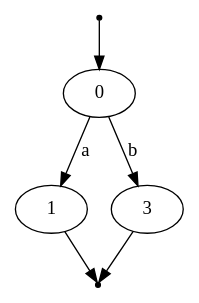
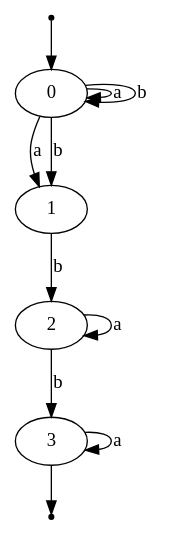
The diagram in demo.dot (omarelhorre/automate), drawn with Graphviz before and after one commit. The commit also changed 13 other files, not shown here.

```diff
--- a/demo.dot
+++ b/demo.dot
@@ -1,9 +1,14 @@
 digraph G {
     init [shape=point];
     fin [shape=point];
     init -> 0;
+    0 -> 0 [label="a"];
+    0 -> 0 [label="b"];
     0 -> 1 [label="a"];
-    0 -> 3 [label="b"];
+    0 -> 1 [label="b"];
+    1 -> 2 [label="b"];
+    2 -> 2 [label="a"];
+    2 -> 3 [label="b"];
+    3 -> 3 [label="a"];
     3 -> fin;
-    1 -> fin;
 }
```
